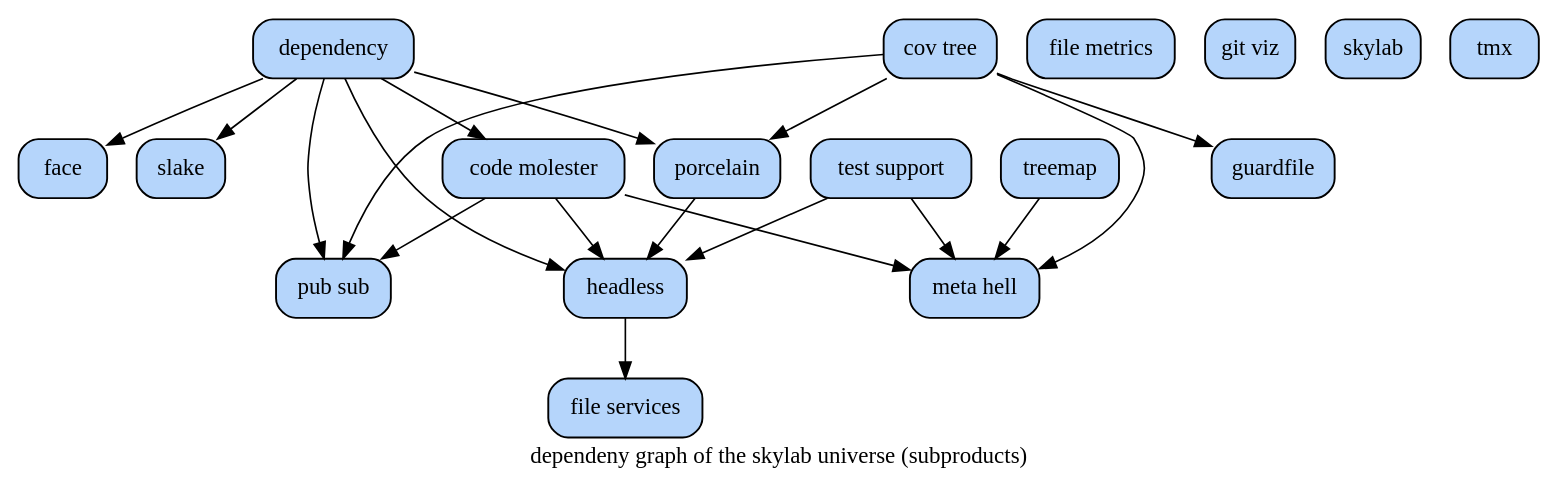
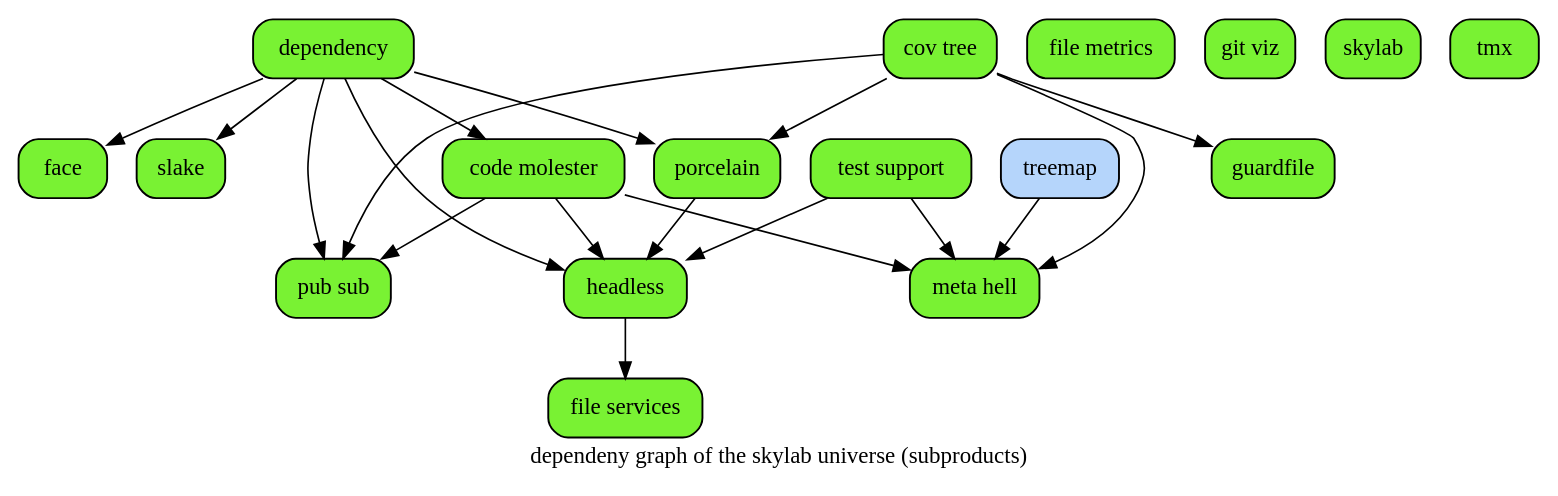
Before and after one commit to hipe/tmx: the diagram in doc/subproduct-dependencies.dot, drawn with Graphviz. The commit also changed 16 other files, not shown here.

```diff
--- a/doc/subproduct-dependencies.dot
+++ b/doc/subproduct-dependencies.dot
@@ -1,57 +1,57 @@
 # created by tan-man on 2012-12-20 16:03:06 UTC
 
 digraph {
 
 /*
   example stmt_list:
     foo -> bar
     biff -> baz
 
   example node_stmt:
     learn_c [label="learn C somehow"]
 */
 
 label="dependeny graph of the skylab universe (subproducts)"
 
 node [label="\N", style="filled", fillcolor="#b5d5fb", fontname="Futura", penwidth="1.1566", shape="Mrecord"]
 
 # finished green : fillcolor="#79f233"
 
 
-code [label="code molester"]
-cov [label="cov tree"]
-dependency [label=dependency]
-face [label=face]
-file [label="file metrics"]
-file_2 [label="file services"]
-git [label="git viz"]
-guardfile [label=guardfile]
-headless [label=headless]
-meta [label="meta hell"]
-porcelain [label=porcelain]
-pub [label="pub sub"]
-skylab [label="skylab"]
-slake [label=slake]
-test [label="test support"]
-tmx [label=tmx]
+code [label="code molester" fillcolor="#79f233"]
+cov [label="cov tree" fillcolor="#79f233"]
+dependency [label=dependency fillcolor="#79f233"]
+face [label=face fillcolor="#79f233"]
+file [label="file metrics" fillcolor="#79f233"]
+file_2 [label="file services" fillcolor="#79f233"]
+git [label="git viz" fillcolor="#79f233"]
+guardfile [label=guardfile fillcolor="#79f233"]
+headless [label=headless fillcolor="#79f233"]
+meta [label="meta hell" fillcolor="#79f233"]
+porcelain [label=porcelain fillcolor="#79f233"]
+pub [label="pub sub" fillcolor="#79f233"]
+skylab [label="skylab" fillcolor="#79f233"]
+slake [label=slake fillcolor="#79f233"]
+test [label="test support" fillcolor="#79f233"]
+tmx [label=tmx fillcolor="#79f233"]
 treemap [label=treemap]
 code -> headless
 
 code -> meta
 code -> pub
 cov -> meta
 cov -> porcelain
 cov -> pub
 cov -> guardfile
 dependency -> code
 dependency -> face
 dependency -> headless
 dependency -> porcelain
 dependency -> pub
 dependency -> slake
 headless -> file_2
 porcelain -> headless
 test -> headless
 test -> meta
 treemap -> meta
 }
```
